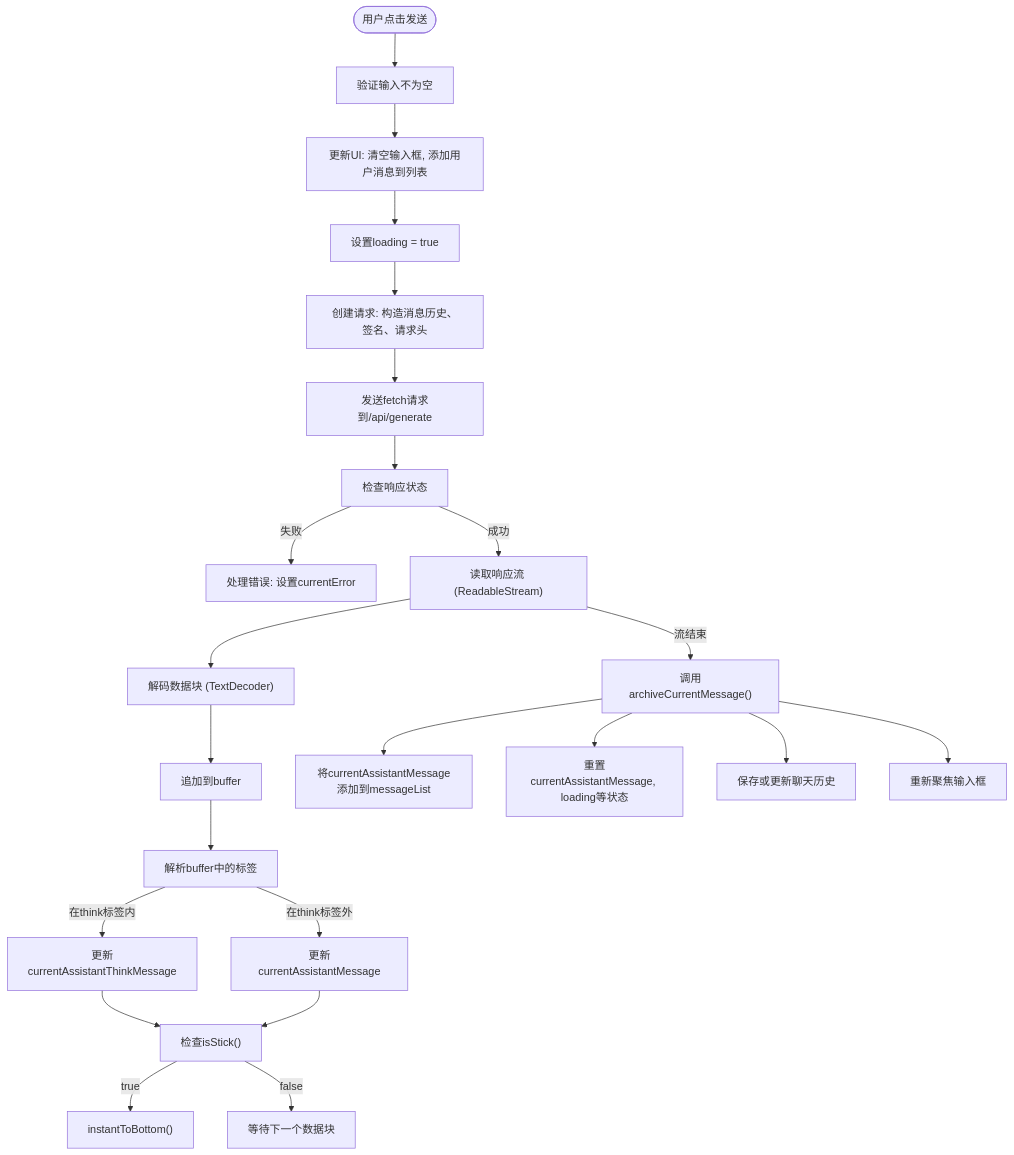
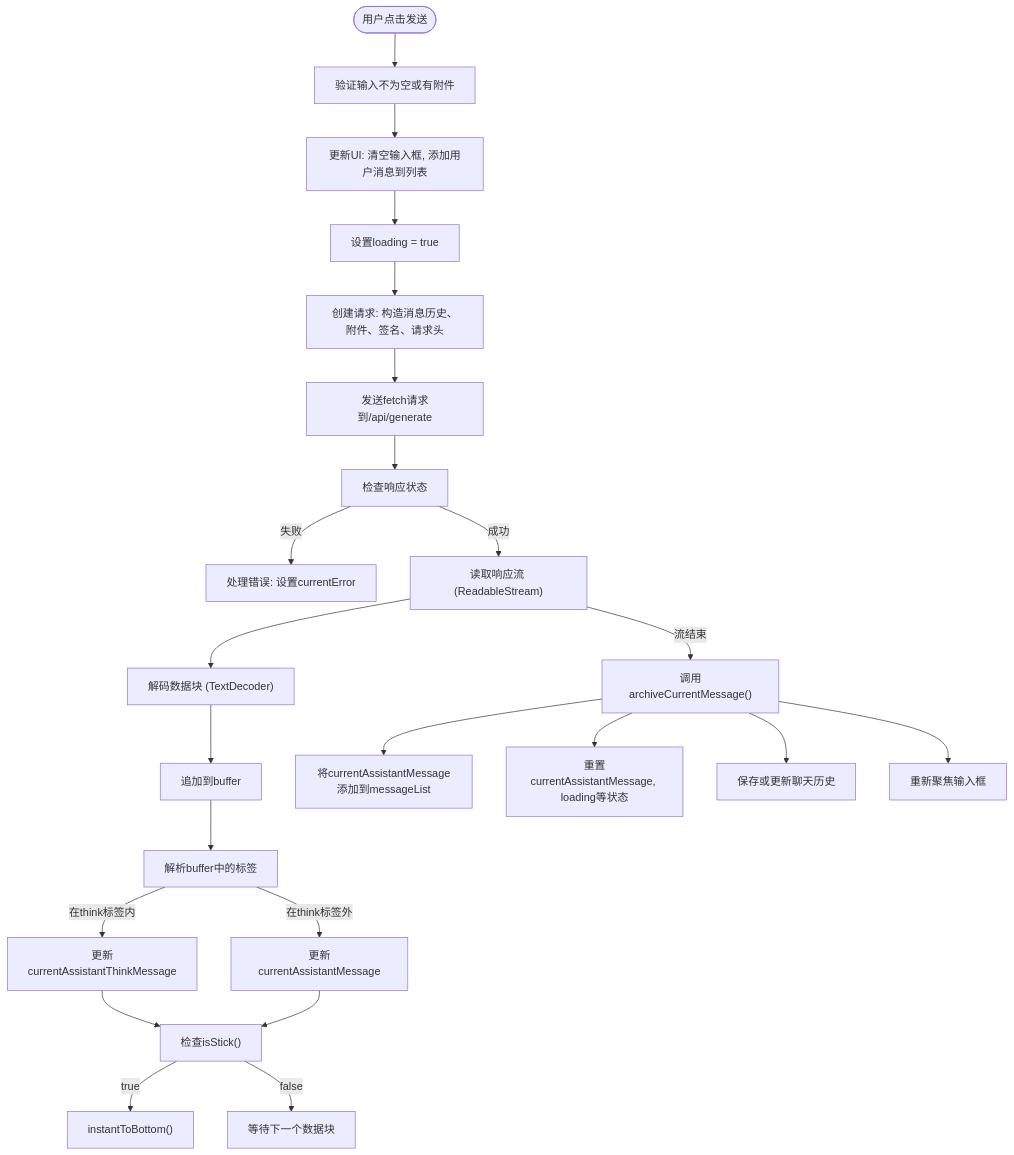
Before and after one commit to zfyime/chat-mini: the third of 6 diagrams in .qoder/repowiki/zh/content/核心功能详解/聊天交互功能.md, drawn with Mermaid. The commit also changed other lines of this file and 8 other files, not shown here.

````diff
--- a/.qoder/repowiki/zh/content/核心功能详解/聊天交互功能.md
+++ b/.qoder/repowiki/zh/content/核心功能详解/聊天交互功能.md
@@ -103,25 +139,25 @@
 ```mermaid
 flowchart TD
-Start([用户点击发送]) --> ValidateInput["验证输入不为空"]
+Start([用户点击发送]) --> ValidateInput["验证输入不为空或有附件"]
 ValidateInput --> UpdateUI["更新UI: 清空输入框, 添加用户消息到列表"]
 UpdateUI --> SetLoading["设置loading = true"]
-SetLoading --> CreateRequest["创建请求: 构造消息历史、签名、请求头"]
+SetLoading --> CreateRequest["创建请求: 构造消息历史、附件、签名、请求头"]
 CreateRequest --> SendRequest["发送fetch请求到/api/generate"]
 SendRequest --> CheckResponse["检查响应状态"]
 CheckResponse --> |失败| HandleError["处理错误: 设置currentError"]
 CheckResponse --> |成功| ReadStream["读取响应流 (ReadableStream)"]
 ReadStream --> DecodeChunk["解码数据块 (TextDecoder)"]
 DecodeChunk --> AppendBuffer["追加到buffer"]
 AppendBuffer --> ParseThink["解析buffer中的<think>标签"]
 ParseThink --> |在think标签内| UpdateThink["更新currentAssistantThinkMessage"]
 ParseThink --> |在think标签外| UpdateMessage["更新currentAssistantMessage"]
 UpdateThink --> CheckScroll["检查isStick()"]
 UpdateMessage --> CheckScroll
 CheckScroll --> |true| ScrollBottom["instantToBottom()"]
 CheckScroll --> |false| WaitNextChunk["等待下一个数据块"]
 ReadStream --> |流结束| Archive["调用archiveCurrentMessage()"]
 Archive --> AddToHistory["将currentAssistantMessage添加到messageList"]
 Archive --> ResetState["重置currentAssistantMessage, loading等状态"]
 Archive --> SaveHistory["保存或更新聊天历史"]
 Archive --> FocusInput["重新聚焦输入框"]
 ```
````
